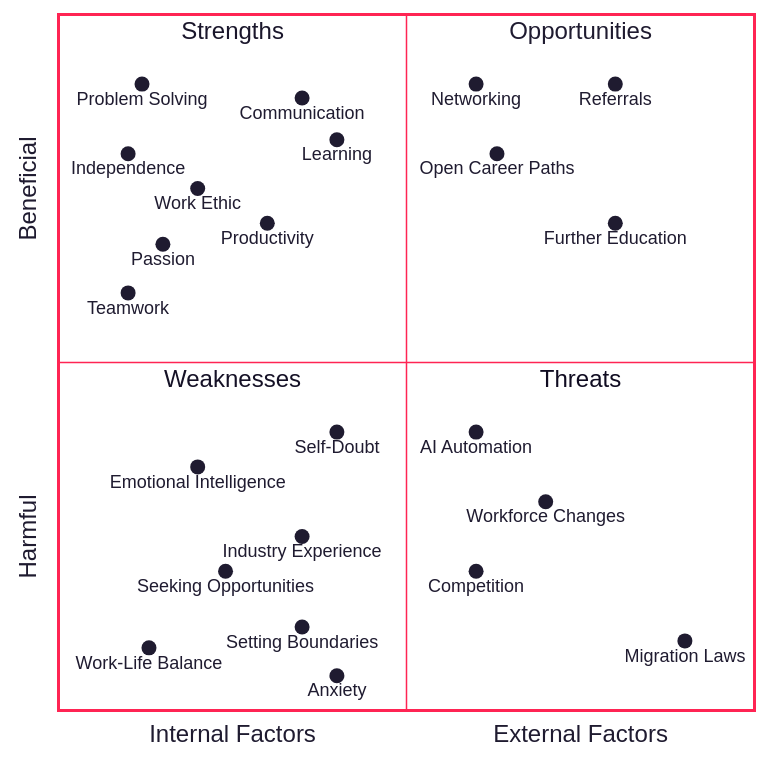
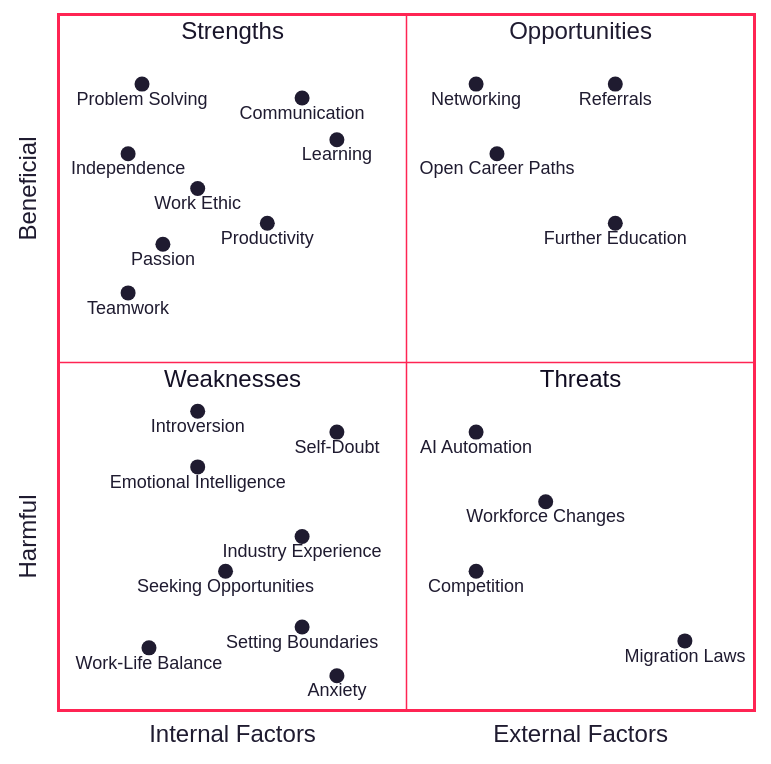
Before and after one commit to autumnssuns/qiba-docs: the diagram in Personal_SWOT.mermaid, drawn with Mermaid. The commit also changed 1 other file, not shown here.

Commit message:
Added introversion

```diff
--- a/Personal_SWOT.mermaid
+++ b/Personal_SWOT.mermaid
@@ -1,40 +1,41 @@
 %%{init: {'theme': 'base',
     'themeVariables': {
       'primaryColor': '#fff',
       'primaryTextColor': '#1f1b30',
       'primaryBorderColor': '#FF2453',
       'lineColor': '#1f1b30',
       'secondaryColor': '#006100',
       'tertiaryColor': '#fff',
       'fontFamily':'verdana'
     }, "flowchart" : { "curve" : "basis" } } }%%
 quadrantChart
     x-axis Internal Factors --> External Factors
     y-axis Harmful --> Beneficial
     quadrant-2 Strengths
     quadrant-3 Weaknesses
     quadrant-1 Opportunities
     quadrant-4 Threats
     Problem Solving: [0.12,0.9]
     Communication: [0.35,0.88]
     Teamwork: [0.1,0.6]
     Independence: [0.1,0.8]
     Learning: [0.4,0.82]
     Work Ethic: [0.2,0.75]
     Passion: [0.15,0.67]
     Productivity: [0.3,0.7]
     Anxiety: [0.4,0.05]
     Setting Boundaries: [0.35,0.12]
     Self-Doubt: [0.4,0.4]
+    Introversion: [0.2,0.43]
     Work-Life Balance: [0.13,0.09]
     Emotional Intelligence: [0.2,0.35]
     Industry Experience: [0.35,0.25]
     Seeking Opportunities: [0.24,0.2]
     Open Career Paths: [0.63,0.8]
     Networking: [0.6,0.9]
     Further Education: [0.8,0.7]
     Referrals: [0.8,0.9]
     AI Automation: [0.6,0.4]
     Workforce Changes: [0.7,0.3]
     Competition: [0.6,0.2]
     Migration Laws: [0.9,0.1]
```
